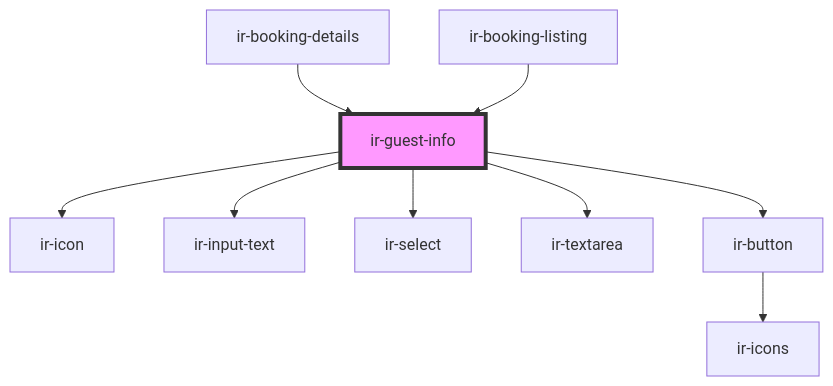
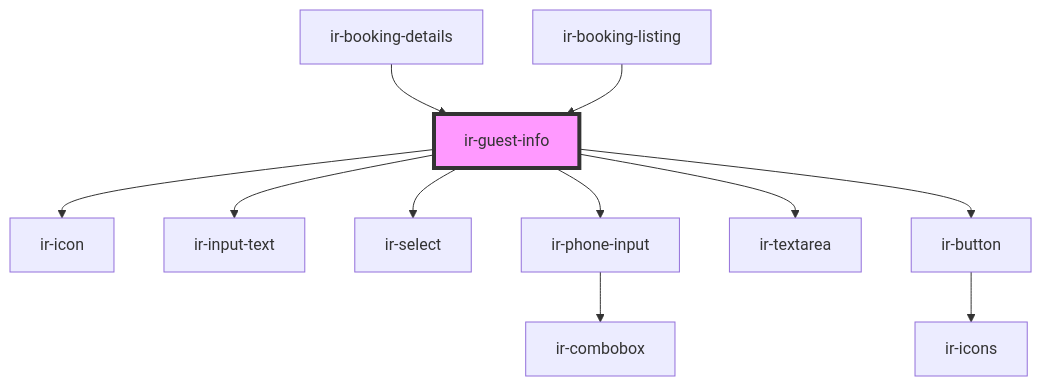
Before and after one commit to David1Chowaifaty/modified-ir-webcmp: the diagram in src/components/ir-guest-info/readme.md, drawn with Mermaid. The commit also changed other lines of this file and 22 other files, not shown here.

````diff
--- a/src/components/ir-guest-info/readme.md
+++ b/src/components/ir-guest-info/readme.md
@@ -43,12 +44,14 @@
 ```mermaid
 graph TD;
   ir-guest-info --> ir-icon
   ir-guest-info --> ir-input-text
   ir-guest-info --> ir-select
+  ir-guest-info --> ir-phone-input
   ir-guest-info --> ir-textarea
   ir-guest-info --> ir-button
+  ir-phone-input --> ir-combobox
   ir-button --> ir-icons
   ir-booking-details --> ir-guest-info
   ir-booking-listing --> ir-guest-info
   style ir-guest-info fill:#f9f,stroke:#333,stroke-width:4px
 ```
````
